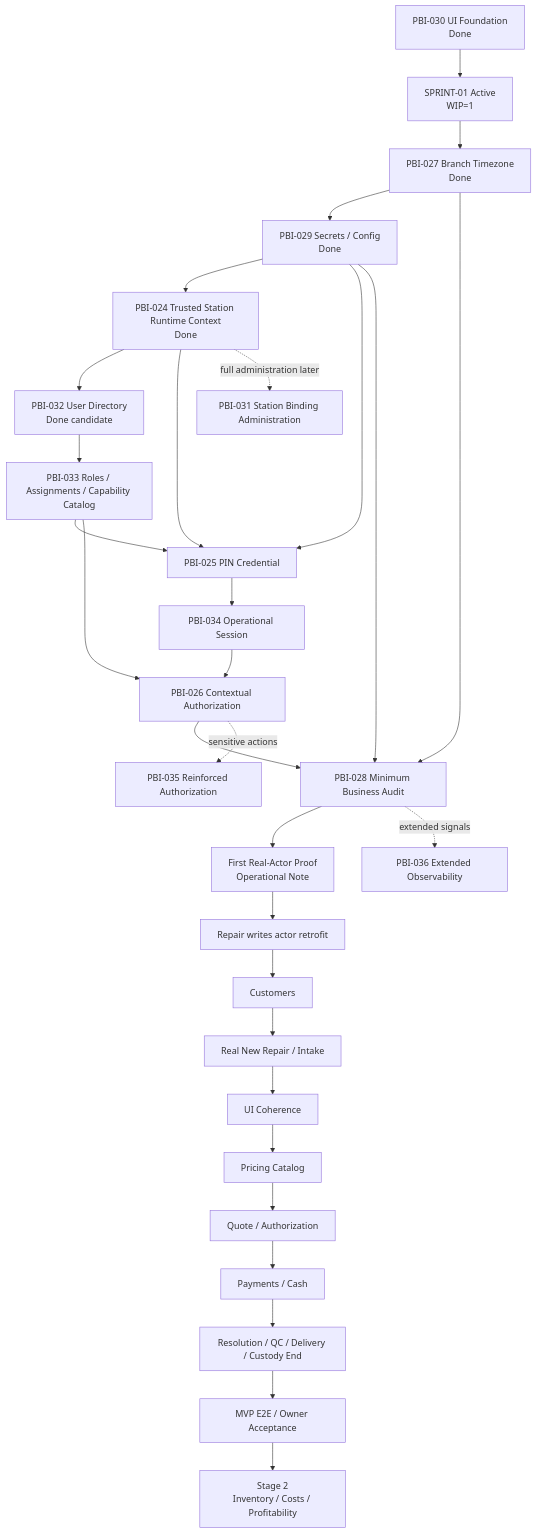
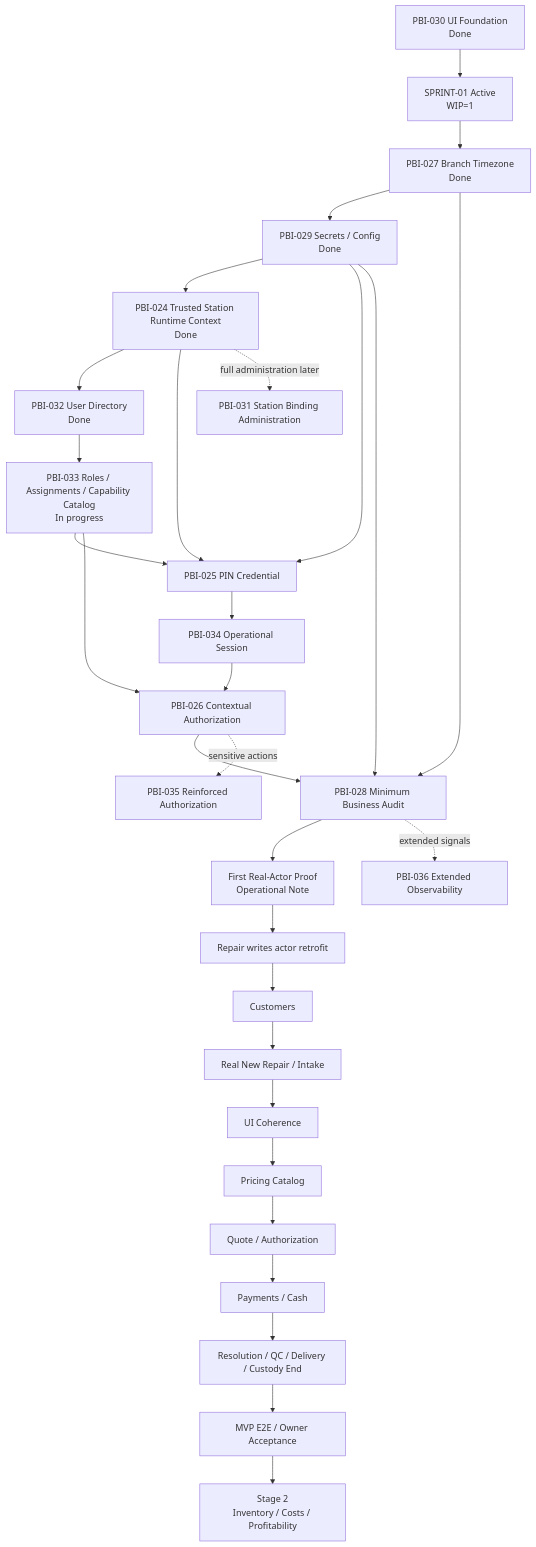
Before and after one commit to luisgtzaviles/SrTaller-2.0: the diagram in docs/backlog/DEPENDENCY_MAP.md, drawn with Mermaid. The commit also changed other lines of this file and 23 other files, not shown here.

Commit message:
docs: record pbi-033 integration candidate

````diff
--- a/docs/backlog/DEPENDENCY_MAP.md
+++ b/docs/backlog/DEPENDENCY_MAP.md
@@ -13,32 +13,32 @@
 ```mermaid
 flowchart TD
     P30[PBI-030 UI Foundation<br/>Done] --> S1[SPRINT-01 Active<br/>WIP=1]
     S1 --> P27[PBI-027 Branch Timezone<br/>Done]
     P27 --> P29[PBI-029 Secrets / Config<br/>Done]
     P29 --> P24[PBI-024 Trusted Station Runtime Context<br/>Done]
-    P24 --> P32[PBI-032 User Directory<br/>Done candidate]
-    P32 --> P33[PBI-033 Roles / Assignments / Capability Catalog]
+    P24 --> P32[PBI-032 User Directory<br/>Done]
+    P32 --> P33[PBI-033 Roles / Assignments / Capability Catalog<br/>In progress]
     P33 --> P25[PBI-025 PIN Credential]
     P24 --> P25
     P29 --> P25
     P25 --> P34[PBI-034 Operational Session]
     P34 --> P26[PBI-026 Contextual Authorization]
     P33 --> P26
     P26 --> P28[PBI-028 Minimum Business Audit]
     P27 --> P28
     P29 --> P28
     P28 --> NOTE[First Real-Actor Proof<br/>Operational Note]
     NOTE --> RETRO[Repair writes actor retrofit]
     RETRO --> CUSTOMERS[Customers]
     CUSTOMERS --> INTAKE[Real New Repair / Intake]
     INTAKE --> POLISH[UI Coherence]
     POLISH --> PRICING[Pricing Catalog]
     PRICING --> QUOTE[Quote / Authorization]
     QUOTE --> MONEY[Payments / Cash]
     MONEY --> DELIVERY[Resolution / QC / Delivery / Custody End]
     DELIVERY --> MVP[MVP E2E / Owner Acceptance]
     P24 -. full administration later .-> P31[PBI-031 Station Binding Administration]
     P26 -. sensitive actions .-> P35[PBI-035 Reinforced Authorization]
     P28 -. extended signals .-> P36[PBI-036 Extended Observability]
     MVP --> STAGE2[Stage 2<br/>Inventory / Costs / Profitability]
 ```
````
